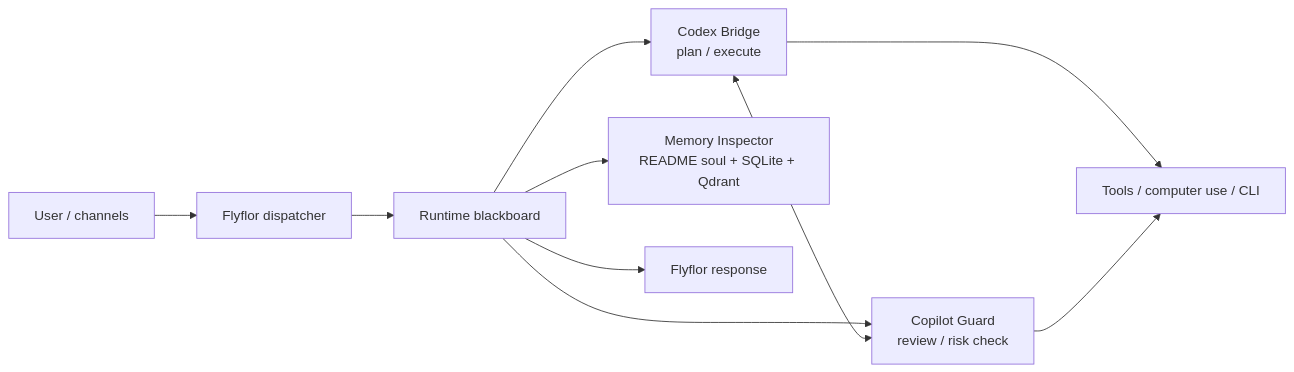
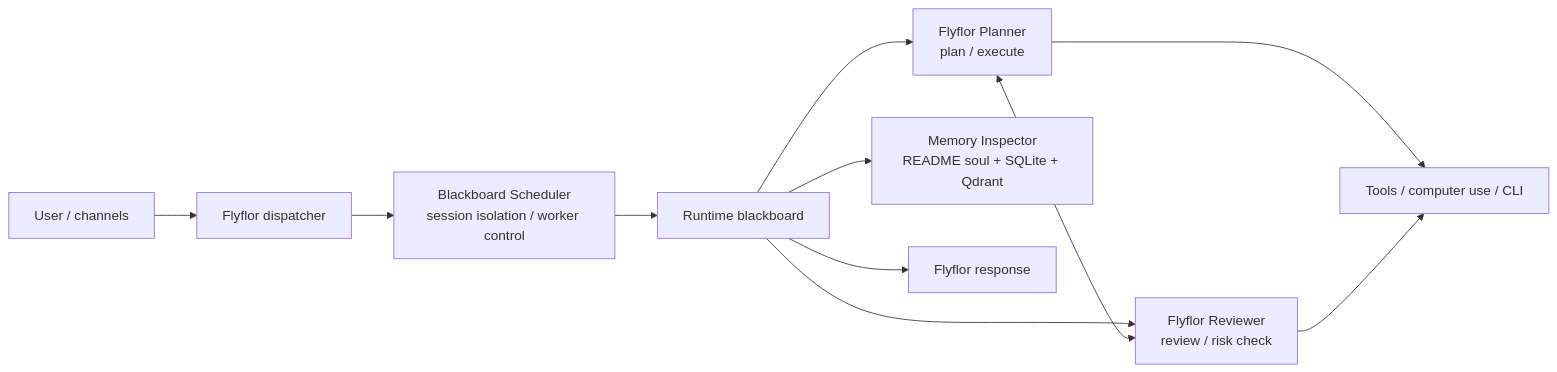
One commit to huaqingyi/flyflor changed the diagram in README.md. Above: the diagram before and after it, drawn with Mermaid. The commit also changed other lines of this file and 157 other files, not shown here.

````diff
--- a/README.md
+++ b/README.md
@@ -9,12 +9,13 @@
 ```mermaid
 flowchart LR
   User["User / channels"] --> Flyflor["Flyflor dispatcher"]
-  Flyflor --> Blackboard["Runtime blackboard"]
-  Blackboard --> Codex["Codex Bridge\nplan / execute"]
-  Blackboard --> Copilot["Copilot Guard\nreview / risk check"]
-  Codex <--> Copilot
+  Flyflor --> Scheduler["Blackboard Scheduler\nsession isolation / worker control"]
+  Scheduler --> Blackboard["Runtime blackboard"]
+  Blackboard --> Planner["Flyflor Planner\nplan / execute"]
+  Blackboard --> Reviewer["Flyflor Reviewer\nreview / risk check"]
+  Planner <--> Reviewer
   Blackboard --> Memory["Memory Inspector\nREADME soul + SQLite + Qdrant"]
-  Codex --> Tools["Tools / computer use / CLI"]
-  Copilot --> Tools
+  Planner --> Tools["Tools / computer use / CLI"]
+  Reviewer --> Tools
   Blackboard --> Response["Flyflor response"]
 ```
````
